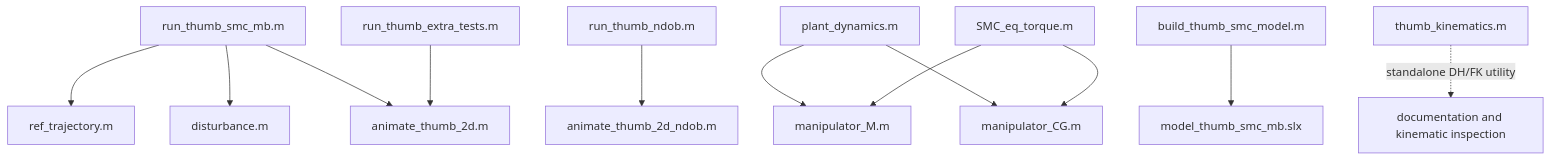
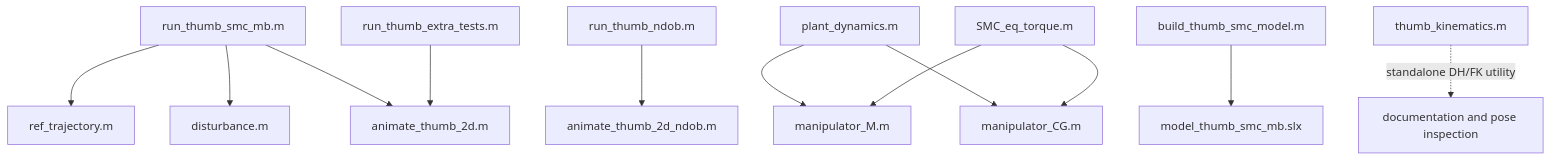
One commit to AlexBandlamudi/wearable-robotic-thumb-smc-ndob-matlab changed the diagram in README.md. Above: the diagram before and after it, drawn with Mermaid. The commit also changed other lines of this file and 6 other files, not shown here.

Commit message:
Refine README outputs and remove figure generators

````diff
--- a/README.md
+++ b/README.md
@@ -52,19 +29,19 @@
 ```mermaid
 graph TD
 		run_smc["run_thumb_smc_mb.m"] --> ref_traj["ref_trajectory.m"]
 		run_smc --> dist["disturbance.m"]
 		run_smc --> anim_smc["animate_thumb_2d.m"]
 
 		run_full["run_thumb_extra_tests.m"] --> anim_smc
 		run_ndob["run_thumb_ndob.m"] --> anim_ndob["animate_thumb_2d_ndob.m"]
 
 		plant["plant_dynamics.m"] --> M["manipulator_M.m"]
 		plant --> CG["manipulator_CG.m"]
 
 		eqtorque["SMC_eq_torque.m"] --> M
 		eqtorque --> CG
 
 		build_slx["build_thumb_smc_model.m"] --> slx["model_thumb_smc_mb.slx"]
 
-		kinematics["thumb_kinematics.m"] -. standalone DH/FK utility .-> docs["documentation and kinematic inspection"]
+		kinematics["thumb_kinematics.m"] -. standalone DH/FK utility .-> docs["documentation and pose inspection"]
 ```
````
